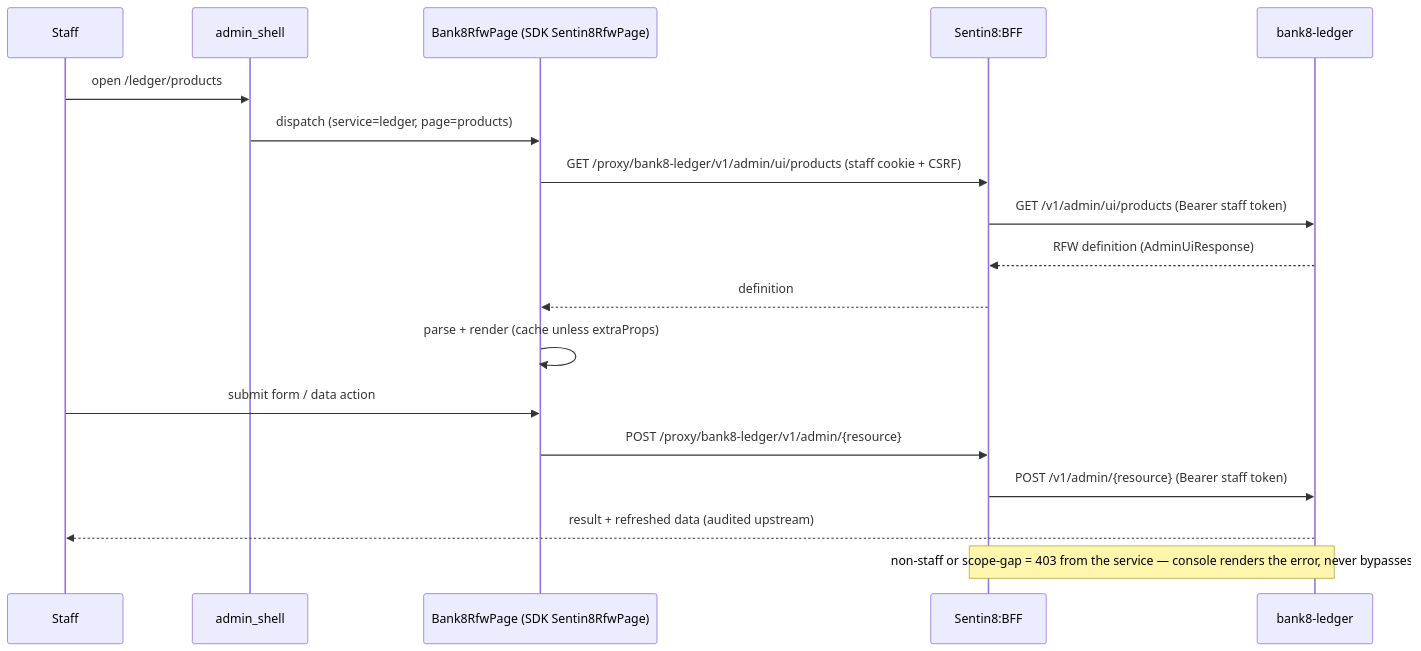
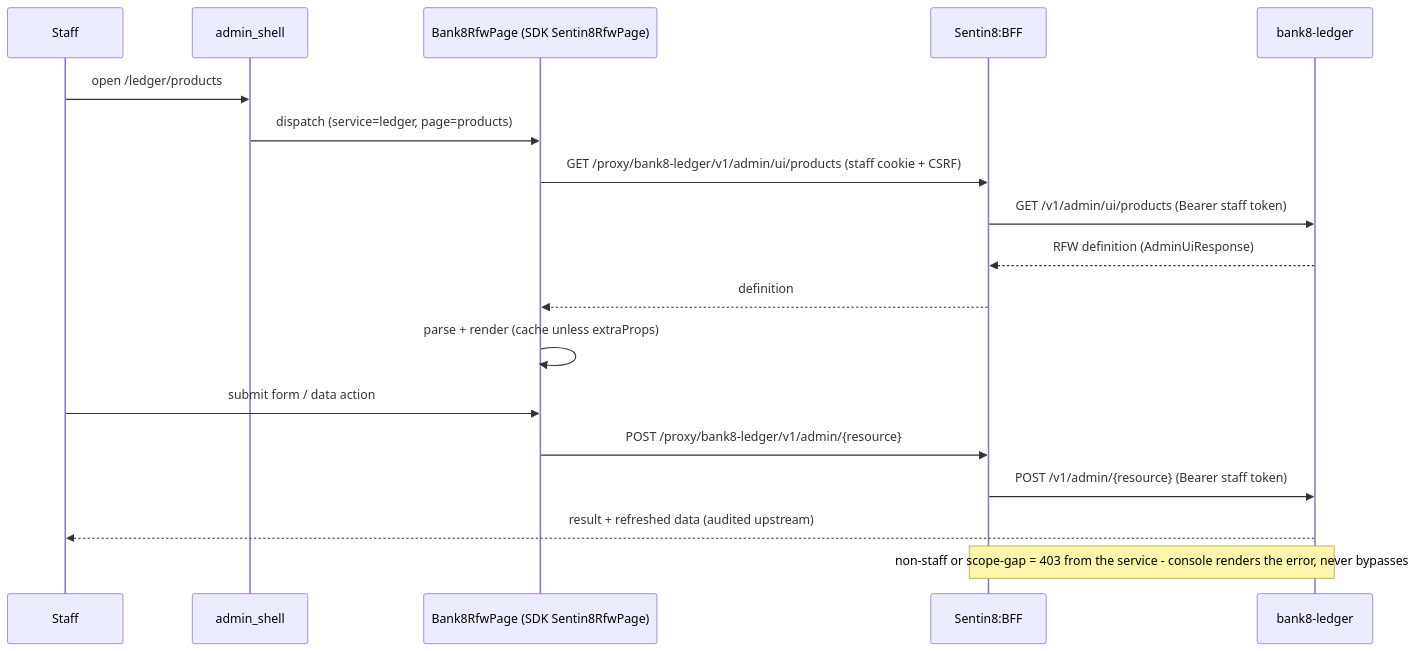
One commit to Bank8-dev/bank8-site changed the third of 6 diagrams in docs/apps/admin/design.md. Above: the diagram before and after it, drawn with Mermaid. The commit also changed other lines of this file and 53 other files, not shown here.

````diff
--- a/docs/apps/admin/design.md
+++ b/docs/apps/admin/design.md
@@ -62,20 +62,20 @@
 ```mermaid
 sequenceDiagram
     participant U as Staff
     participant S as admin_shell
     participant R as Bank8RfwPage (SDK Sentin8RfwPage)
     participant F as Sentin8:BFF
     participant L as bank8-ledger
     U->>S: open /ledger/products
     S->>R: dispatch (service=ledger, page=products)
     R->>F: GET /proxy/bank8-ledger/v1/admin/ui/products (staff cookie + CSRF)
     F->>L: GET /v1/admin/ui/products (Bearer staff token)
     L-->>F: RFW definition (AdminUiResponse)
     F-->>R: definition
     R->>R: parse + render (cache unless extraProps)
     U->>R: submit form / data action
     R->>F: POST /proxy/bank8-ledger/v1/admin/{resource}
     F->>L: POST /v1/admin/{resource} (Bearer staff token)
     L-->>U: result + refreshed data (audited upstream)
-    note over F,L: non-staff or scope-gap = 403 from the service — console renders the error, never bypasses
+    note over F,L: non-staff or scope-gap = 403 from the service - console renders the error, never bypasses
 ```
````
